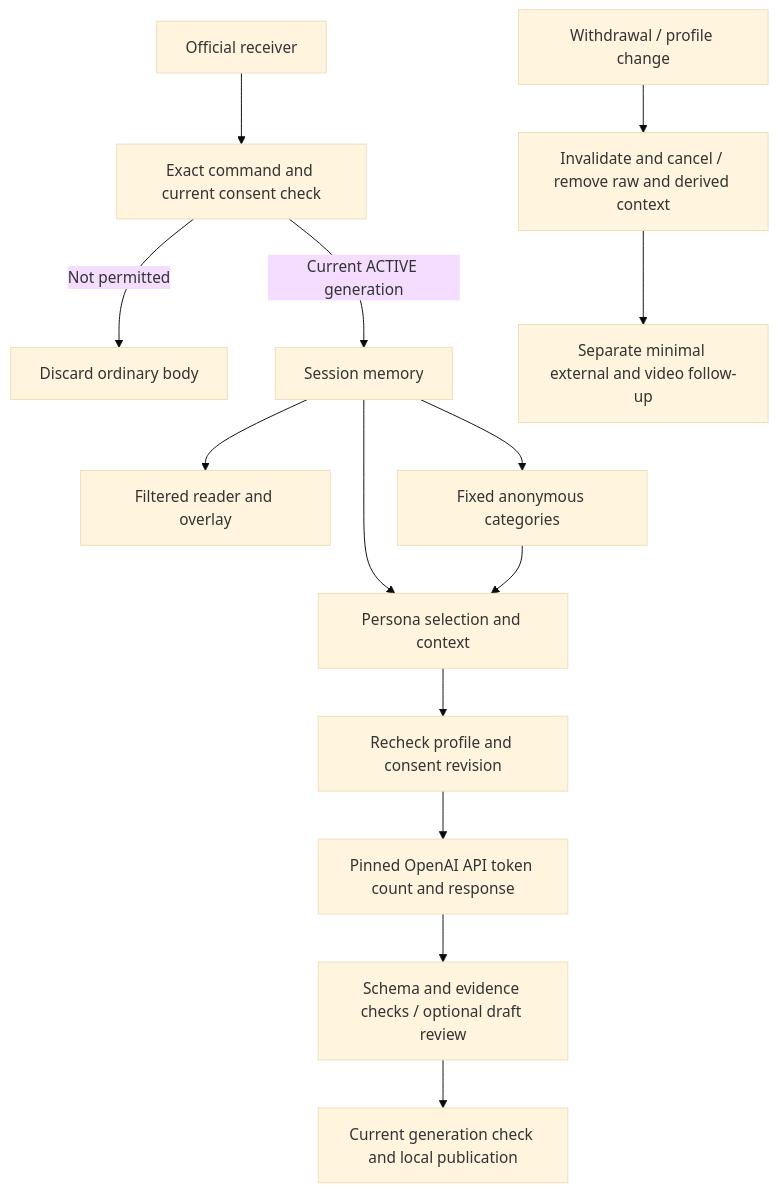
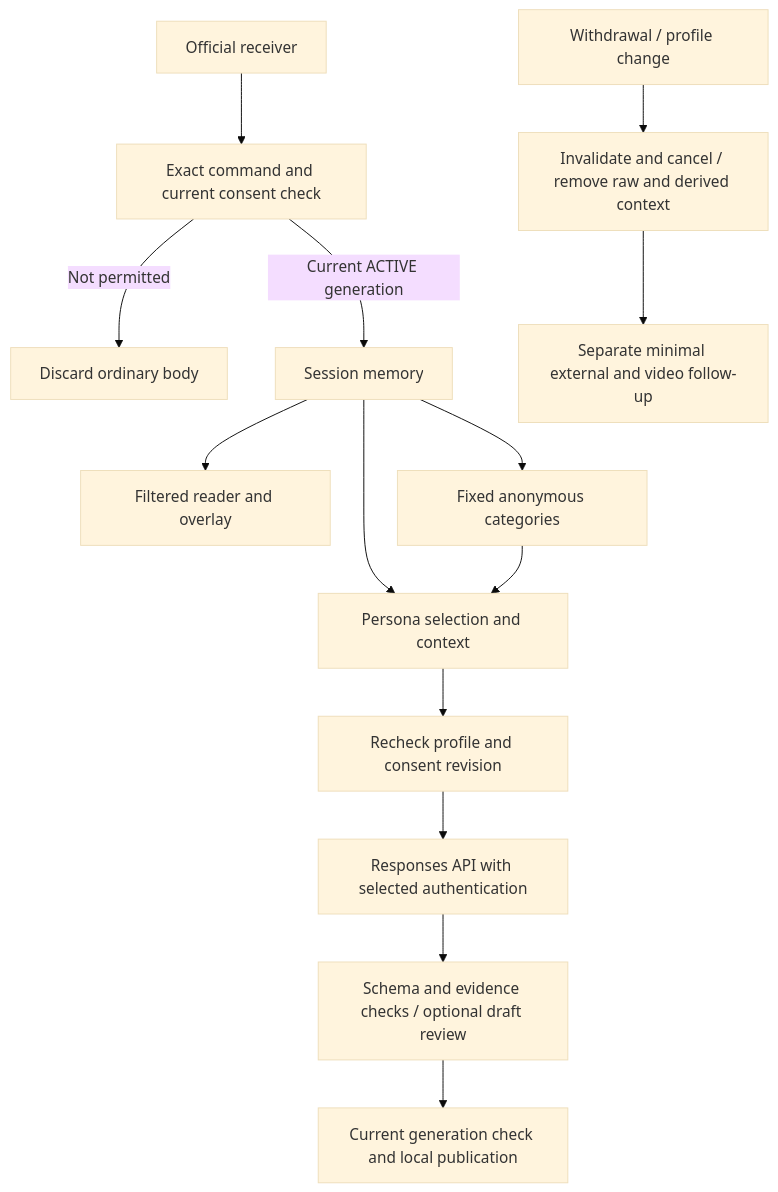
Before and after one commit to lllllrad/ai-fake-viewer: the diagram in AI_FLOW.md, drawn with Mermaid (base theme). The commit also changed other lines of this file and 18 other files, not shown here.

````diff
--- a/AI_FLOW.md
+++ b/AI_FLOW.md
@@ -21,16 +21,16 @@
 ```mermaid
 flowchart TD
   A[Official receiver] --> B[Exact command and current consent check]
   B -->|Not permitted| C[Discard ordinary body]
   B -->|Current ACTIVE generation| D[Session memory]
   D --> E[Filtered reader and overlay]
   D --> F[Fixed anonymous categories]
   D --> G[Persona selection and context]
   F --> G
   G --> H[Recheck profile and consent revision]
-  H --> I[Pinned OpenAI API token count and response]
+  H --> I[Responses API with selected authentication]
   I --> J[Schema and evidence checks / optional draft review]
   J --> K[Current generation check and local publication]
   W[Withdrawal / profile change] --> L[Invalidate and cancel / remove raw and derived context]
   L --> R[Separate minimal external and video follow-up]
 ```
````
